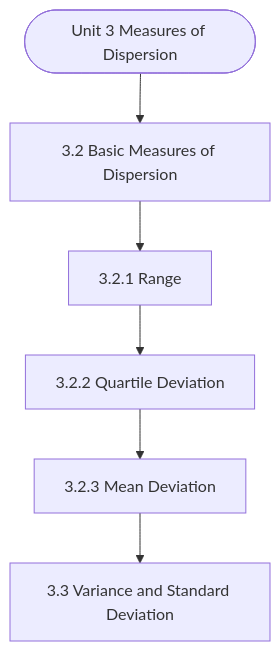
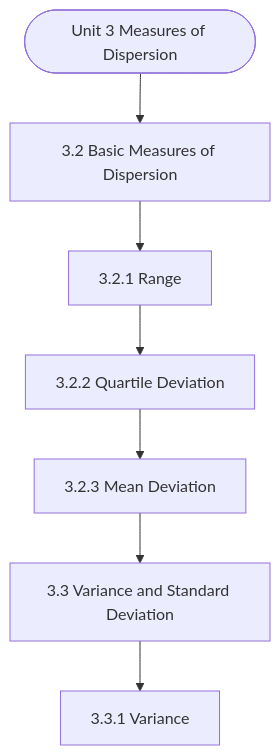
One commit to Asutosh-Coaching/mscdsa changed the diagram in notes/Semester_2/MCS-066_Mathematical_Foundations_-_II/unit_03_Measures_of_Dispersion.md. Above: the diagram before and after it, drawn with Mermaid. The commit also changed other lines of this file and 116 other files, not shown here.

````diff
--- a/notes/Semester_2/MCS-066_Mathematical_Foundations_-_II/unit_03_Measures_of_Dispersion.md
+++ b/notes/Semester_2/MCS-066_Mathematical_Foundations_-_II/unit_03_Measures_of_Dispersion.md
@@ -19,14 +19,16 @@
 ```mermaid
 flowchart TD
   Start(["Unit 3 Measures of Dispersion"])
   N1["3.2 Basic Measures of Dispersion"]
   N2["3.2.1 Range"]
   N3["3.2.2 Quartile Deviation"]
   N4["3.2.3 Mean Deviation"]
   N5["3.3 Variance and Standard Deviation"]
+  N6["3.3.1 Variance"]
   Start --> N1
   N1 --> N2
   N2 --> N3
   N3 --> N4
   N4 --> N5
+  N5 --> N6
 ```
````
